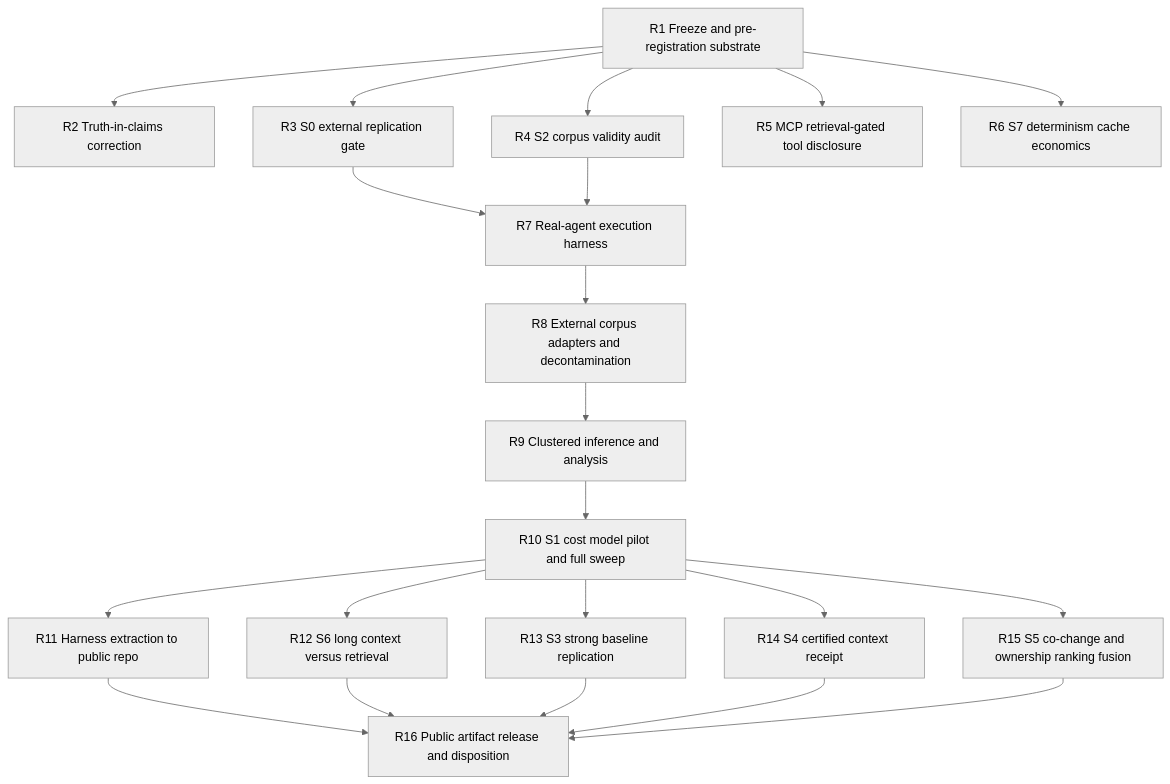
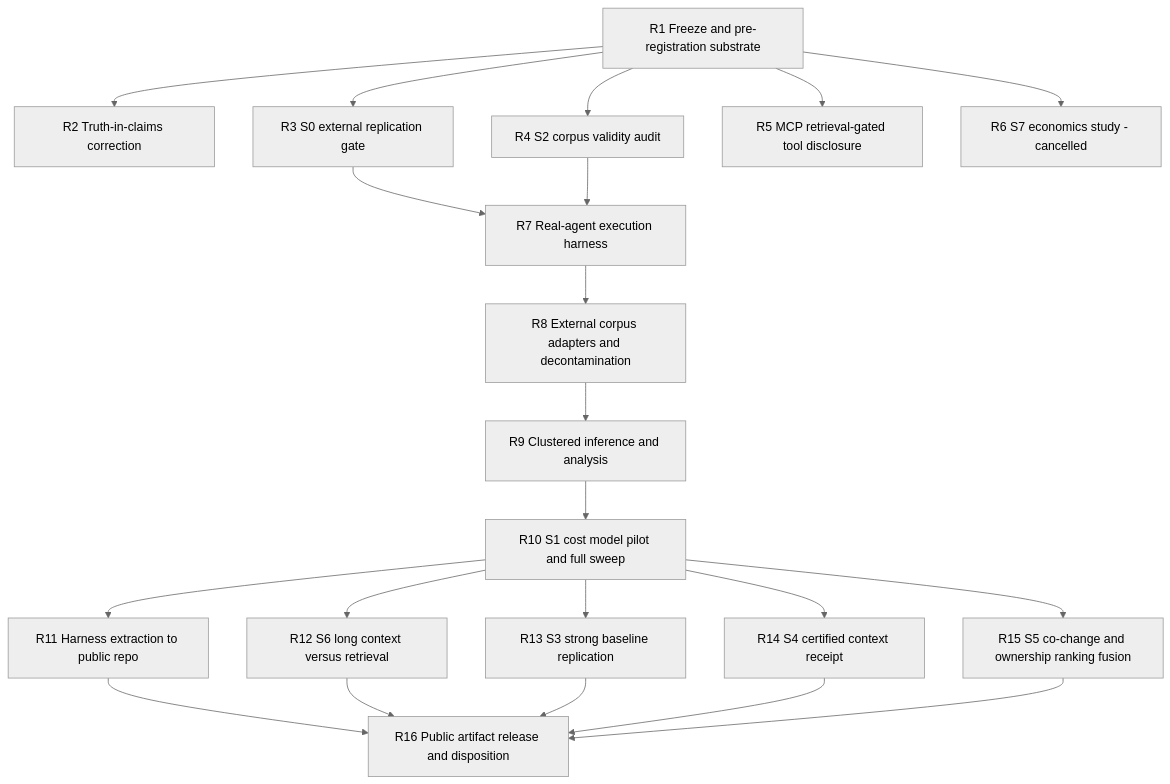
The first of 3 diagrams in .docs/DEVELOPMENT_PLAN.md (Mathews-Tom/archex), drawn with Mermaid (neutral theme) before and after one commit. The commit also changed other lines of this file and 1 other file, not shown here.

````diff
--- a/.docs/DEVELOPMENT_PLAN.md
+++ b/.docs/DEVELOPMENT_PLAN.md
@@ -40,40 +40,40 @@
 ```mermaid
 graph TD
   R1[R1 Freeze and pre-registration substrate]
   R2[R2 Truth-in-claims correction]
   R3[R3 S0 external replication gate]
   R4[R4 S2 corpus validity audit]
   R5[R5 MCP retrieval-gated tool disclosure]
-  R6[R6 S7 determinism cache economics]
+  R6[R6 S7 economics study - cancelled]
   R7[R7 Real-agent execution harness]
   R8[R8 External corpus adapters and decontamination]
   R9[R9 Clustered inference and analysis]
   R10[R10 S1 cost model pilot and full sweep]
   R11[R11 Harness extraction to public repo]
   R12[R12 S6 long context versus retrieval]
   R13[R13 S3 strong baseline replication]
   R14[R14 S4 certified context receipt]
   R15[R15 S5 co-change and ownership ranking fusion]
   R16[R16 Public artifact release and disposition]
 
   R1 --> R2
   R1 --> R3
   R1 --> R4
   R1 --> R5
   R1 --> R6
   R3 --> R7
   R4 --> R7
   R7 --> R8
   R8 --> R9
   R9 --> R10
   R10 --> R11
   R10 --> R12
   R10 --> R13
   R10 --> R14
   R10 --> R15
   R11 --> R16
   R12 --> R16
   R13 --> R16
   R14 --> R16
   R15 --> R16
 ```
````
